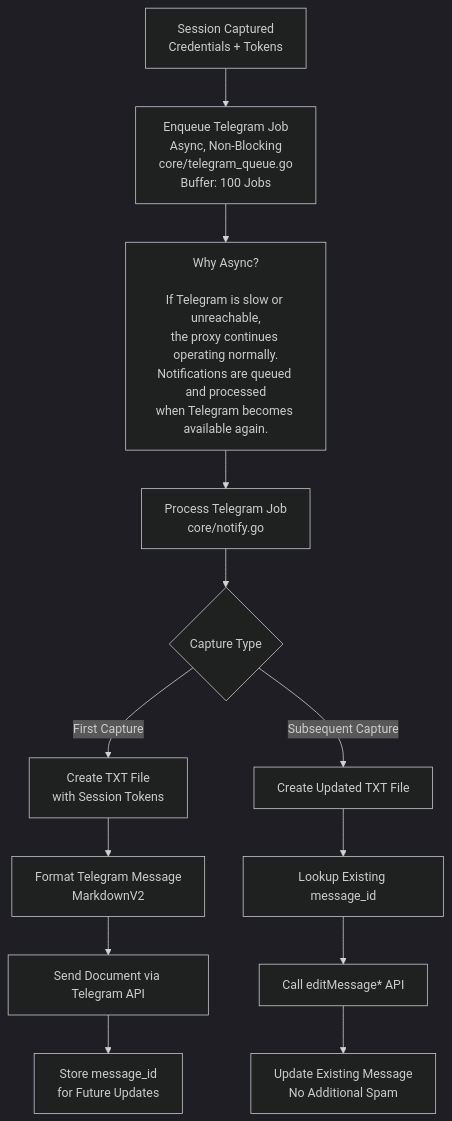
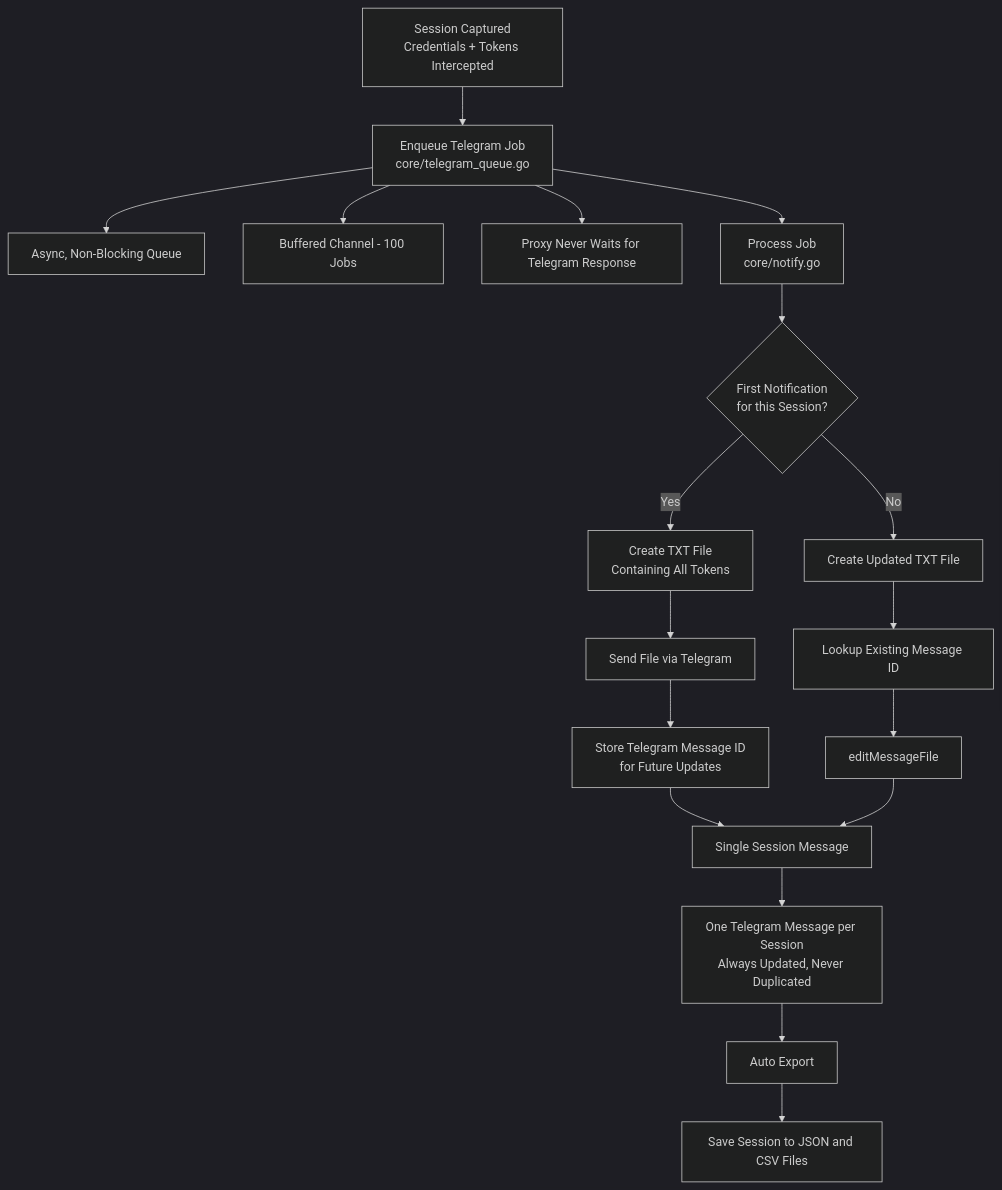
The diagram in README.md (officialmonsterz/evilginx2), drawn with Mermaid (dark theme) before and after one commit. The commit also changed other lines of this file, not shown here.

````diff
--- a/README.md
+++ b/README.md
@@ -452,24 +286,30 @@
 ```mermaid
 flowchart TD
+    A[Session Captured<br/>Credentials + Tokens Intercepted]
 
-    A[Session Captured<br/>Credentials + Tokens]
+    A --> B[Enqueue Telegram Job<br/>core/telegram_queue.go]
 
-    A --> B[Enqueue Telegram Job<br/>Async, Non-Blocking<br/>core/telegram_queue.go<br/>Buffer: 100 Jobs]
+    B --> B1[Async, Non-Blocking Queue]
+    B --> B2[Buffered Channel - 100 Jobs]
+    B --> B3[Proxy Never Waits for Telegram Response]
 
-    B --> C["Why Async?<br/><br/>If Telegram is slow or unreachable,<br/>the proxy continues operating normally.<br/>Notifications are queued and processed<br/>when Telegram becomes available again."]
+    B --> C[Process Job<br/>core/notify.go]
 
-    C --> D[Process Telegram Job<br/>core/notify.go]
+    C --> D{First Notification<br/>for this Session?}
 
-    D --> E{Capture Type}
+    D -->|Yes| E[Create TXT File<br/>Containing All Tokens]
+    E --> F[Send File via Telegram]
+    F --> G[Store Telegram Message ID<br/>for Future Updates]
 
-    E -->|First Capture| F[Create TXT File<br/>with Session Tokens]
-    F --> G[Format Telegram Message<br/>MarkdownV2]
-    G --> H[Send Document via Telegram API]
-    H --> I[Store message_id<br/>for Future Updates]
+    D -->|No| H[Create Updated TXT File]
+    H --> I[Lookup Existing Message ID]
+    I --> J[editMessageFile]
 
-    E -->|Subsequent Capture| J[Create Updated TXT File]
-    J --> K[Lookup Existing message_id]
-    K --> L[Call editMessage* API]
-    L --> M[Update Existing Message<br/>No Additional Spam]
+    G --> K[Single Session Message]
+    J --> K
 
+    K --> L[One Telegram Message per Session<br/>Always Updated, Never Duplicated]
+
+    L --> M[Auto Export]
+    M --> N[Save Session to JSON and CSV Files]
 ```
````
